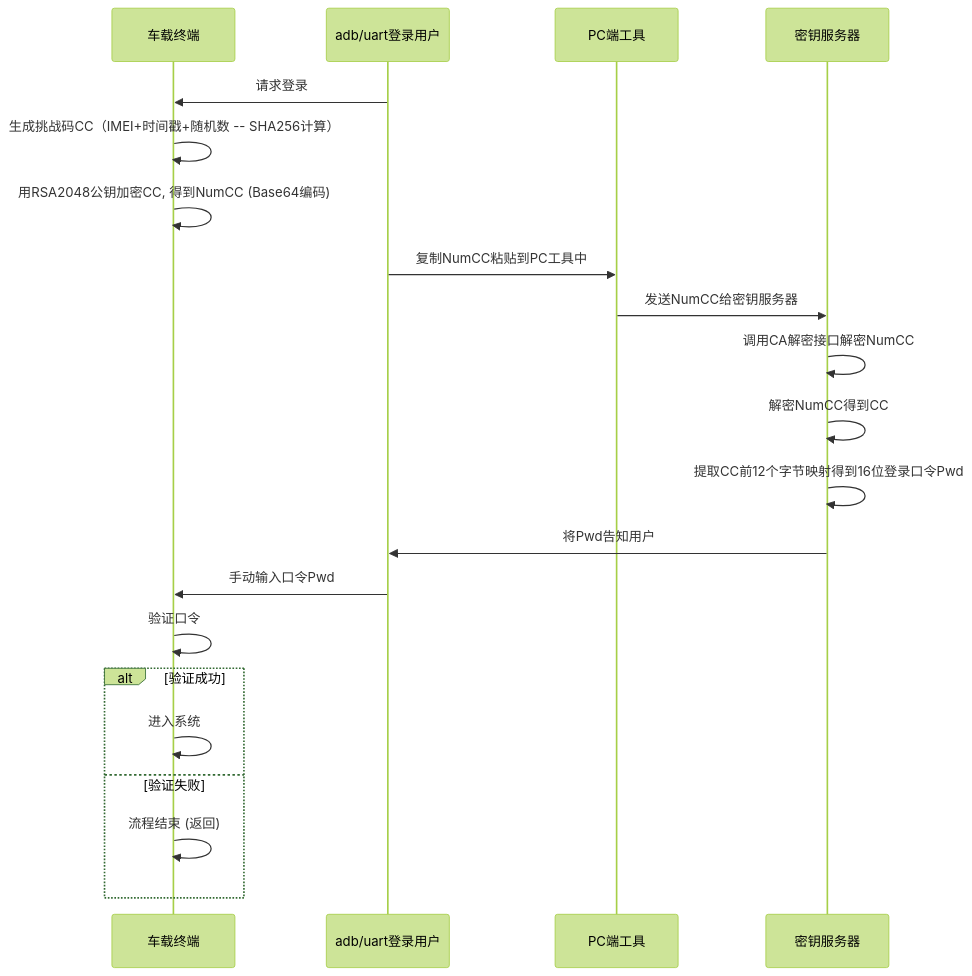
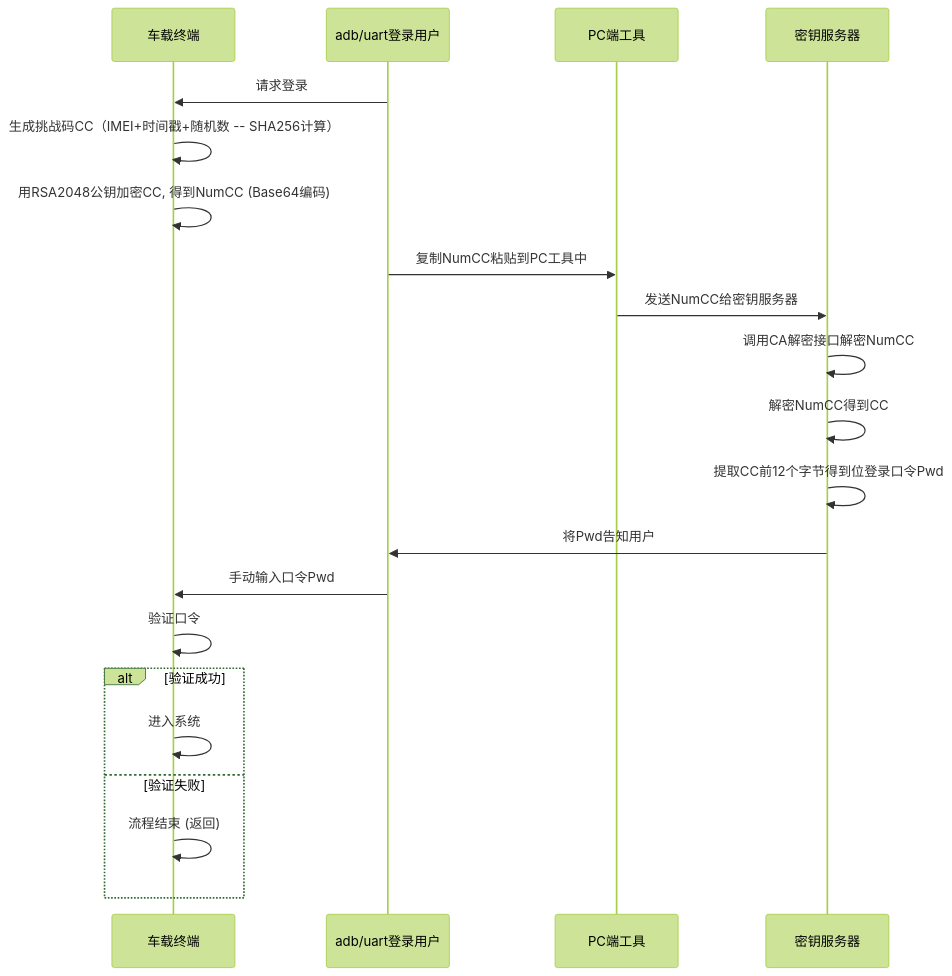
Before and after one commit to facebook-cloud/iodraw-files: the diagram in all/未命名-13.md, drawn with Mermaid (forest theme).

Commit message:
2026-01-27 11:29:16 update

````diff
--- a/all/未命名-13.md
+++ b/all/未命名-13.md
@@ -1,27 +1,27 @@
 ```mermaid
 sequenceDiagram
     participant tbox as 车载终端
     participant user as adb/uart登录用户
     participant pc as PC端工具
     participant tech_center as 密钥服务器
   
 
     user->>tbox: 请求登录
     tbox->>tbox: 生成挑战码CC（IMEI+时间戳+随机数 -- SHA256计算）
     tbox->>tbox: 用RSA2048公钥加密CC, 得到NumCC (Base64编码)
     user->>pc: 复制NumCC粘贴到PC工具中
     pc->>tech_center: 发送NumCC给密钥服务器
     tech_center->>tech_center: 调用CA解密接口解密NumCC
     tech_center->>tech_center: 解密NumCC得到CC
-    tech_center->>tech_center: 提取CC前12个字节映射得到16位登录口令Pwd
+    tech_center->>tech_center: 提取CC前12个字节得到位登录口令Pwd
     tech_center->>user: 将Pwd告知用户
     user->>tbox: 手动输入口令Pwd
     tbox->>tbox: 验证口令
     alt 验证成功
         tbox->>tbox: 进入系统
     else 验证失败
         tbox->>tbox: 流程结束 (返回)
     end
 
 
 ```
````
